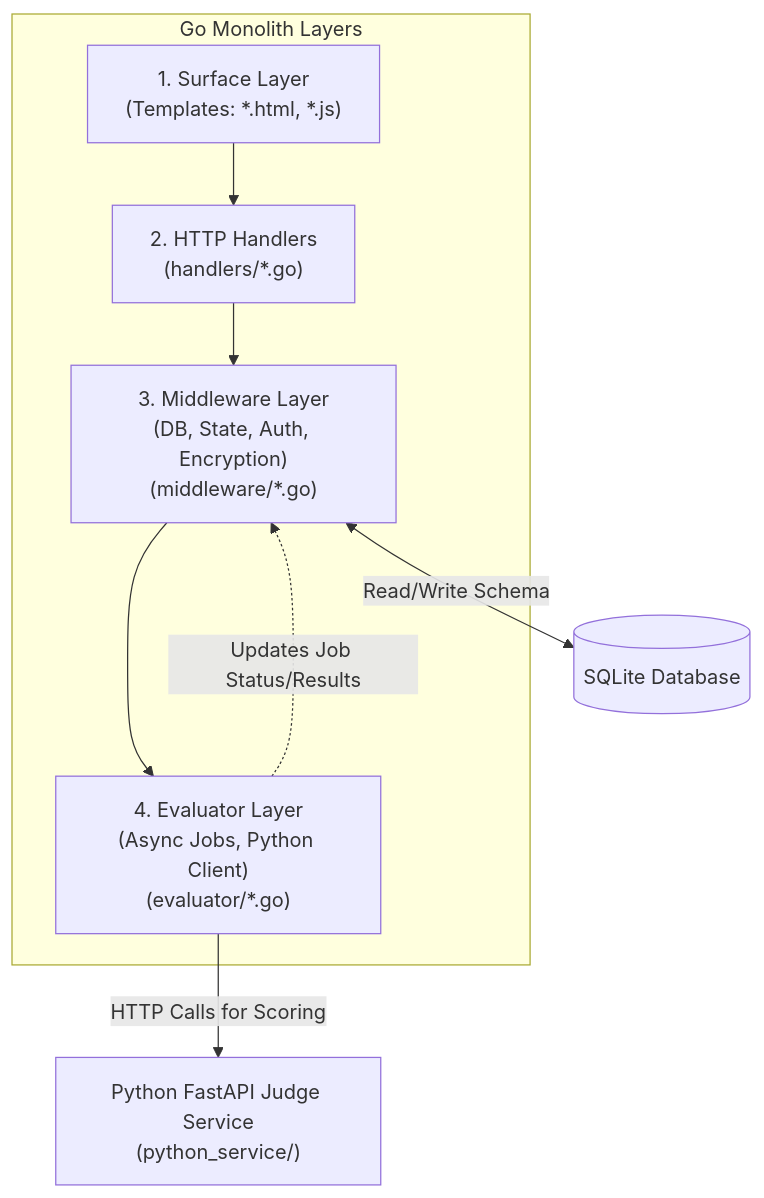
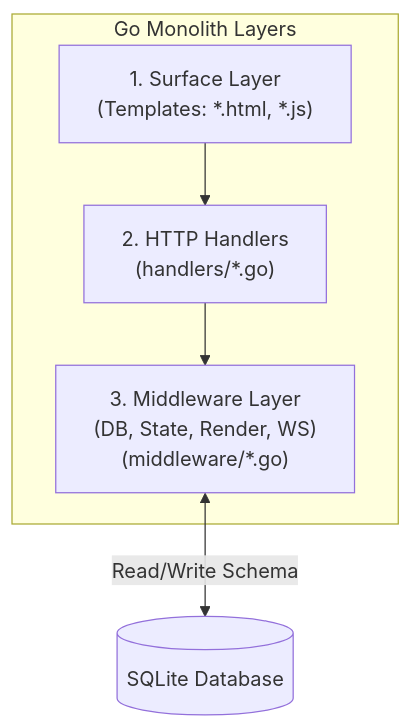
Before and after one commit to lavantien/llm-tournament: the second of 4 diagrams in README.md, drawn with Mermaid. The commit also changed other lines of this file and 68 other files, not shown here.

````diff
--- a/README.md
+++ b/README.md
@@ -170,24 +156,17 @@
 ```mermaid
 graph TD
     subgraph "Go Monolith Layers"
         Surface["1. Surface Layer\n(Templates: *.html, *.js)"]
         Handlers["2. HTTP Handlers\n(handlers/*.go)"]
-        Middleware["3. Middleware Layer\n(DB, State, Auth, Encryption)\n(middleware/*.go)"]
-        Evaluator["4. Evaluator Layer\n(Async Jobs, Python Client)\n(evaluator/*.go)"]
+        Middleware["3. Middleware Layer\n(DB, State, Render, WS)\n(middleware/*.go)"]
     end
 
     DB[("SQLite Database")]
-    ExternalJudge["Python FastAPI Judge Service\n(python_service/)"]
 
     %% Main Flow based on text description
     Surface --> Handlers
     Handlers --> Middleware
-    Middleware --> Evaluator
 
     %% Data Access
     Middleware <-->|"Read/Write Schema"| DB
-    Evaluator -..->|"Updates Job Status/Results"| Middleware
-
-    %% External Call
-    Evaluator -- "HTTP Calls for Scoring" --> ExternalJudge
 ```
````
